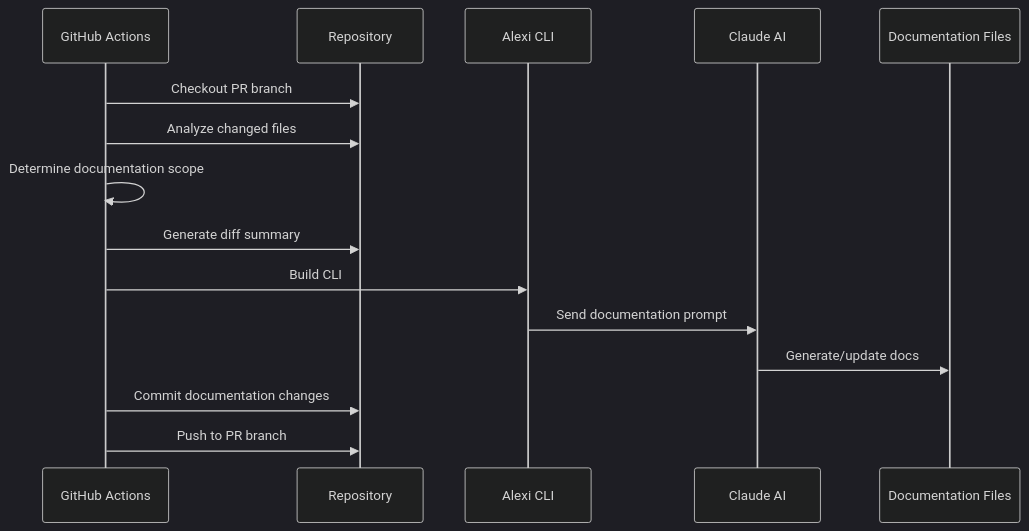
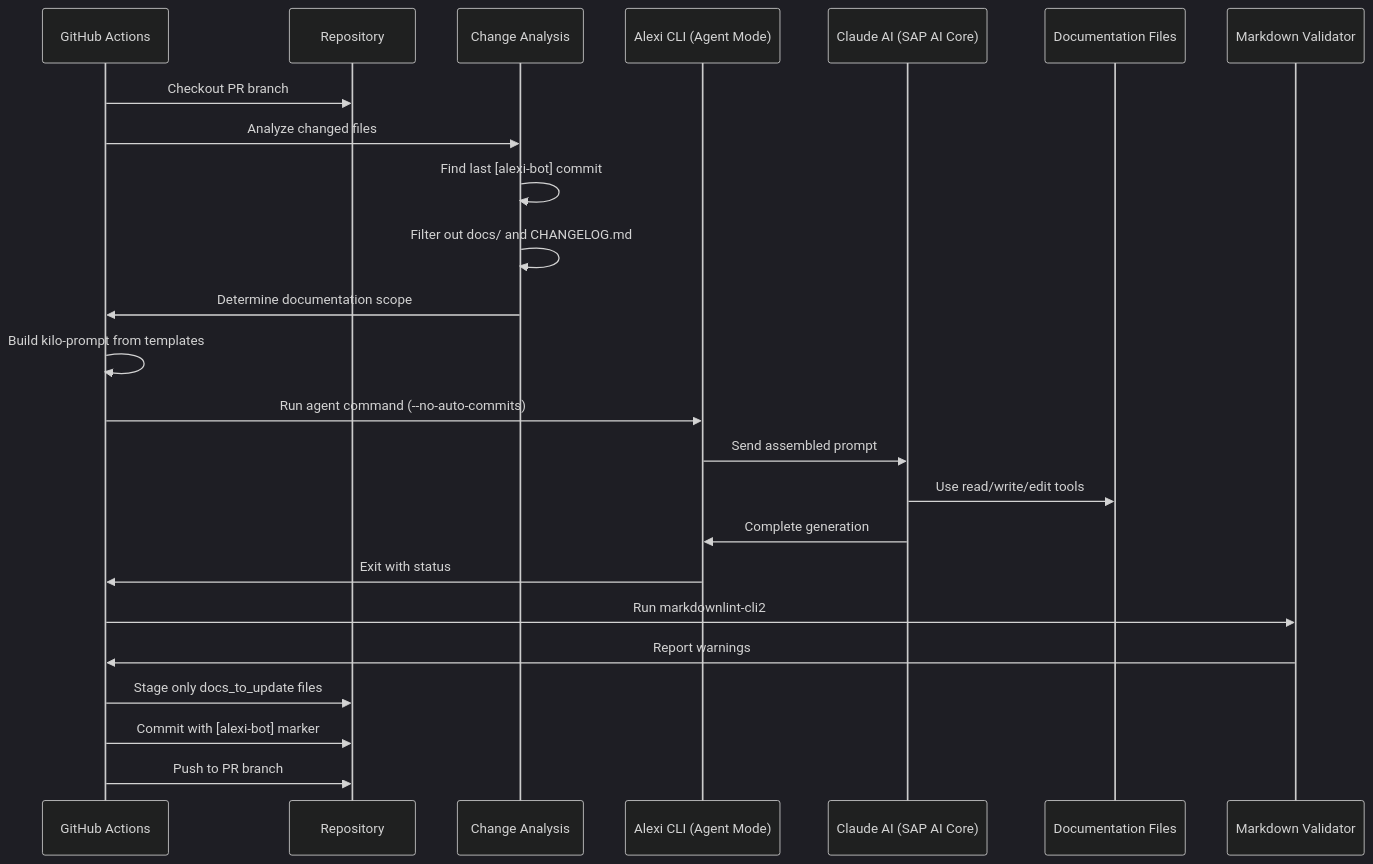
The second of 3 diagrams in docs/AUTOMATION.md (ausardcompany/alexi), drawn with Mermaid (dark theme) before and after one commit. The commit also changed other lines of this file and 2 other files, not shown here.

Commit message:
docs: auto-generate documentation [skip ci] [alexi-bot]

````diff
--- a/docs/AUTOMATION.md
+++ b/docs/AUTOMATION.md
@@ -60,18 +62,27 @@
 ```mermaid
 sequenceDiagram
     participant GH as GitHub Actions
     participant Repo as Repository
-    participant Alexi as Alexi CLI
-    participant Claude as Claude AI
+    participant Analyze as Change Analysis
+    participant Alexi as Alexi CLI (Agent Mode)
+    participant Claude as Claude AI (SAP AI Core)
     participant Docs as Documentation Files
+    participant Validate as Markdown Validator
     
     GH->>Repo: Checkout PR branch
-    GH->>Repo: Analyze changed files
-    GH->>GH: Determine documentation scope
-    GH->>Repo: Generate diff summary
-    GH->>Alexi: Build CLI
-    Alexi->>Claude: Send documentation prompt
-    Claude->>Docs: Generate/update docs
-    GH->>Repo: Commit documentation changes
+    GH->>Analyze: Analyze changed files
+    Analyze->>Analyze: Find last [alexi-bot] commit
+    Analyze->>Analyze: Filter out docs/ and CHANGELOG.md
+    Analyze->>GH: Determine documentation scope
+    GH->>GH: Build kilo-prompt from templates
+    GH->>Alexi: Run agent command (--no-auto-commits)
+    Alexi->>Claude: Send assembled prompt
+    Claude->>Docs: Use read/write/edit tools
+    Claude->>Alexi: Complete generation
+    Alexi->>GH: Exit with status
+    GH->>Validate: Run markdownlint-cli2
+    Validate->>GH: Report warnings
+    GH->>Repo: Stage only docs_to_update files
+    GH->>Repo: Commit with [alexi-bot] marker
     GH->>Repo: Push to PR branch
 ```
````
